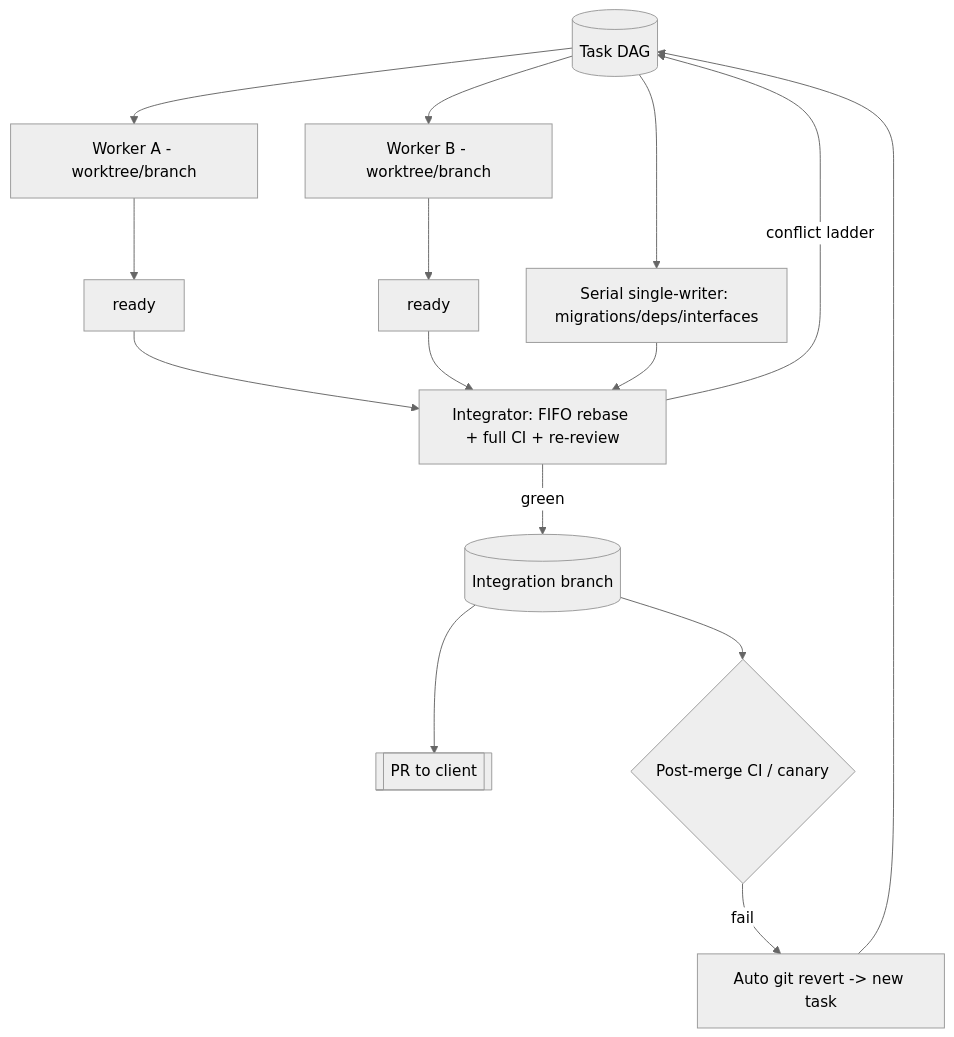
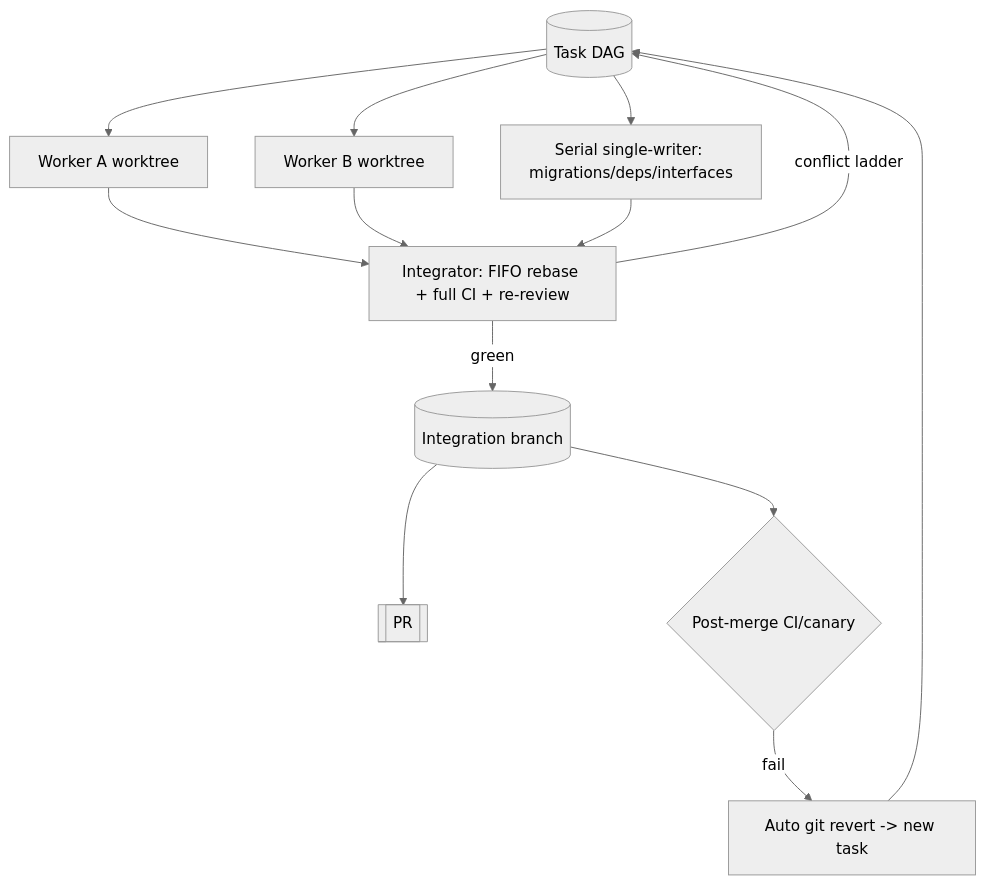
Diagram 12 of 14 in research/autonomous-agent-fleet.md (JNK234/claude-dotfiles), drawn with Mermaid (neutral theme) before and after one commit. The commit also changed other lines of this file, not shown here.

````diff
--- a/research/autonomous-agent-fleet.md
+++ b/research/autonomous-agent-fleet.md
@@ -417,11 +352,9 @@
 ```mermaid
 flowchart TB
-  Q[(Task DAG)]-->W1[Worker A - worktree/branch]-->PR1[ready]
-  Q-->W2[Worker B - worktree/branch]-->PR2[ready]
+  Q[(Task DAG)]-->W1[Worker A worktree] & W2[Worker B worktree]
   Q-->S[Serial single-writer: migrations/deps/interfaces]
-  PR1 & PR2 & S-->INT[Integrator: FIFO rebase + full CI + re-review]
+  W1 & W2 & S-->INT[Integrator: FIFO rebase + full CI + re-review]
   INT-->|conflict ladder|Q
-  INT-->|green|MAIN[(Integration branch)]-->PRR[[PR to client]]
-  MAIN-->PM{Post-merge CI / canary}
-  PM-->|fail|REV[Auto git revert -> new task]-->Q
+  INT-->|green|MAIN[(Integration branch)]-->PRR[[PR]]
+  MAIN-->PM{Post-merge CI/canary}-->|fail|REV[Auto git revert -> new task]-->Q
 ```
````
